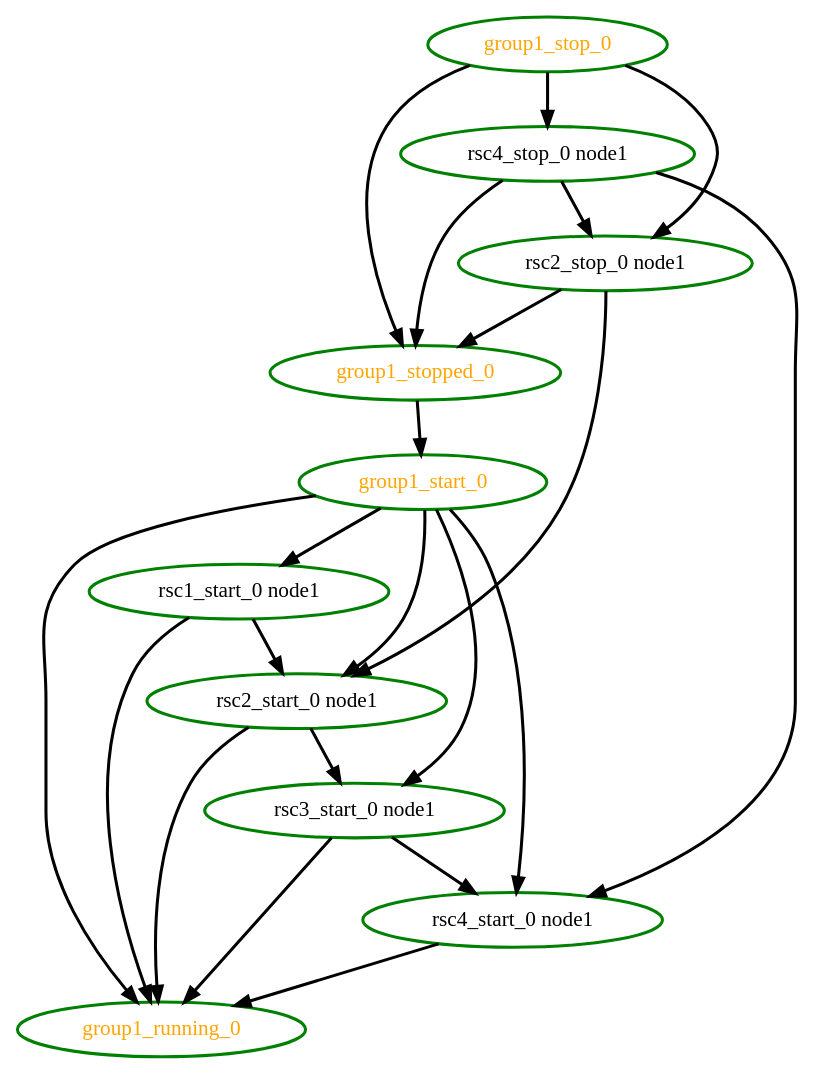
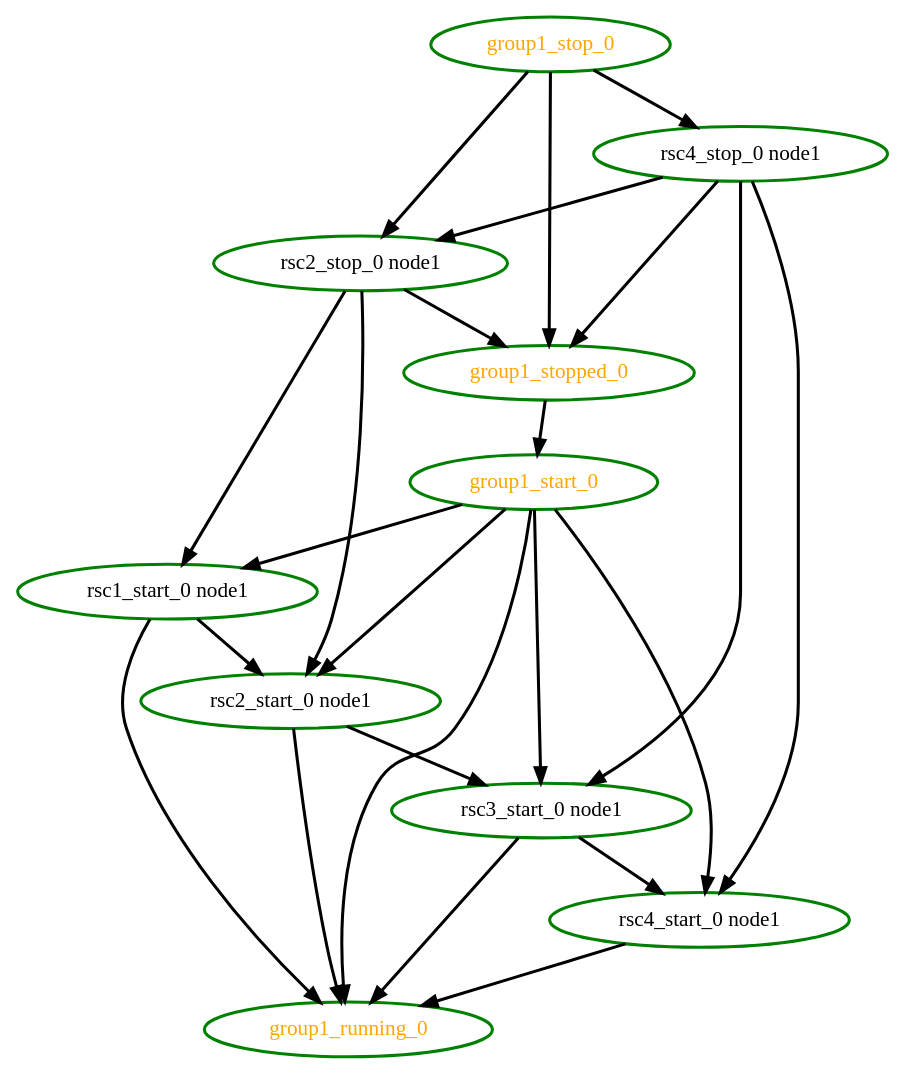
The diagram in cts/scheduler/dot/group-fail.dot (ClusterLabs/pacemaker), drawn with Graphviz before and after one commit. The commit also changed 7 other files, not shown here.

```diff
--- a/cts/scheduler/dot/group-fail.dot
+++ b/cts/scheduler/dot/group-fail.dot
@@ -1,33 +1,35 @@
  digraph "g" {
 "group1_running_0" [ style=bold color="green" fontcolor="orange"]
 "group1_start_0" -> "group1_running_0" [ style = bold]
 "group1_start_0" -> "rsc1_start_0 node1" [ style = bold]
 "group1_start_0" -> "rsc2_start_0 node1" [ style = bold]
 "group1_start_0" -> "rsc3_start_0 node1" [ style = bold]
 "group1_start_0" -> "rsc4_start_0 node1" [ style = bold]
 "group1_start_0" [ style=bold color="green" fontcolor="orange"]
 "group1_stop_0" -> "group1_stopped_0" [ style = bold]
 "group1_stop_0" -> "rsc2_stop_0 node1" [ style = bold]
 "group1_stop_0" -> "rsc4_stop_0 node1" [ style = bold]
 "group1_stop_0" [ style=bold color="green" fontcolor="orange"]
 "group1_stopped_0" -> "group1_start_0" [ style = bold]
 "group1_stopped_0" [ style=bold color="green" fontcolor="orange"]
 "rsc1_start_0 node1" -> "group1_running_0" [ style = bold]
 "rsc1_start_0 node1" -> "rsc2_start_0 node1" [ style = bold]
 "rsc1_start_0 node1" [ style=bold color="green" fontcolor="black"]
 "rsc2_start_0 node1" -> "group1_running_0" [ style = bold]
 "rsc2_start_0 node1" -> "rsc3_start_0 node1" [ style = bold]
 "rsc2_start_0 node1" [ style=bold color="green" fontcolor="black"]
 "rsc2_stop_0 node1" -> "group1_stopped_0" [ style = bold]
+"rsc2_stop_0 node1" -> "rsc1_start_0 node1" [ style = bold]
 "rsc2_stop_0 node1" -> "rsc2_start_0 node1" [ style = bold]
 "rsc2_stop_0 node1" [ style=bold color="green" fontcolor="black"]
 "rsc3_start_0 node1" -> "group1_running_0" [ style = bold]
 "rsc3_start_0 node1" -> "rsc4_start_0 node1" [ style = bold]
 "rsc3_start_0 node1" [ style=bold color="green" fontcolor="black"]
 "rsc4_start_0 node1" -> "group1_running_0" [ style = bold]
 "rsc4_start_0 node1" [ style=bold color="green" fontcolor="black"]
 "rsc4_stop_0 node1" -> "group1_stopped_0" [ style = bold]
 "rsc4_stop_0 node1" -> "rsc2_stop_0 node1" [ style = bold]
+"rsc4_stop_0 node1" -> "rsc3_start_0 node1" [ style = bold]
 "rsc4_stop_0 node1" -> "rsc4_start_0 node1" [ style = bold]
 "rsc4_stop_0 node1" [ style=bold color="green" fontcolor="black"]
 }
```
